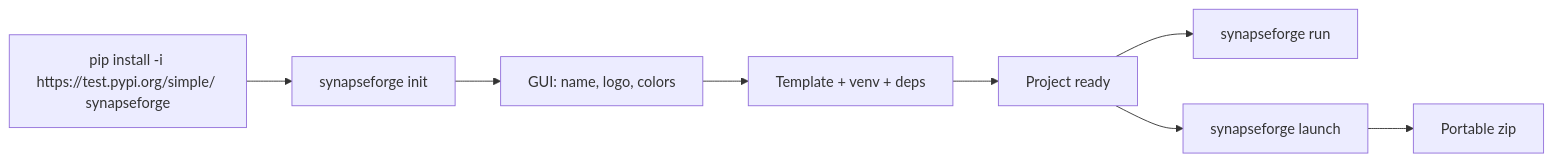
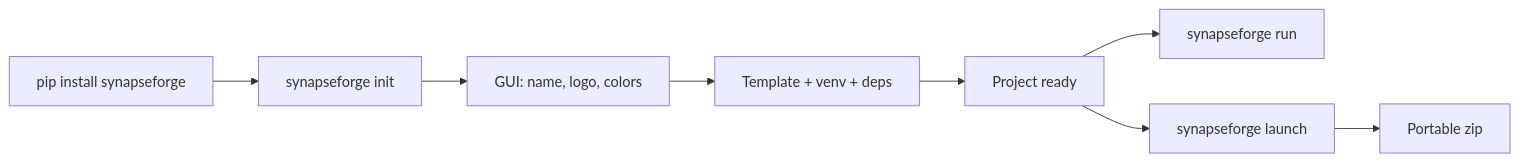
The diagram in README.md (synapse-ai-hub/synapseForge), drawn with Mermaid before and after one commit. The commit also changed other lines of this file and 5 other files, not shown here.

````diff
--- a/README.md
+++ b/README.md
@@ -129,10 +129,10 @@
 ```mermaid
 flowchart LR
-    A["pip install -i https://test.pypi.org/simple/ synapseforge"] --> B["synapseforge init"]
+    A["pip install synapseforge"] --> B["synapseforge init"]
     B --> C["GUI: name, logo, colors"]
     C --> D["Template + venv + deps"]
     D --> E["Project ready"]
     E --> F["synapseforge run"]
     E --> G["synapseforge launch"]
     G --> H["Portable zip"]
 ```
````
